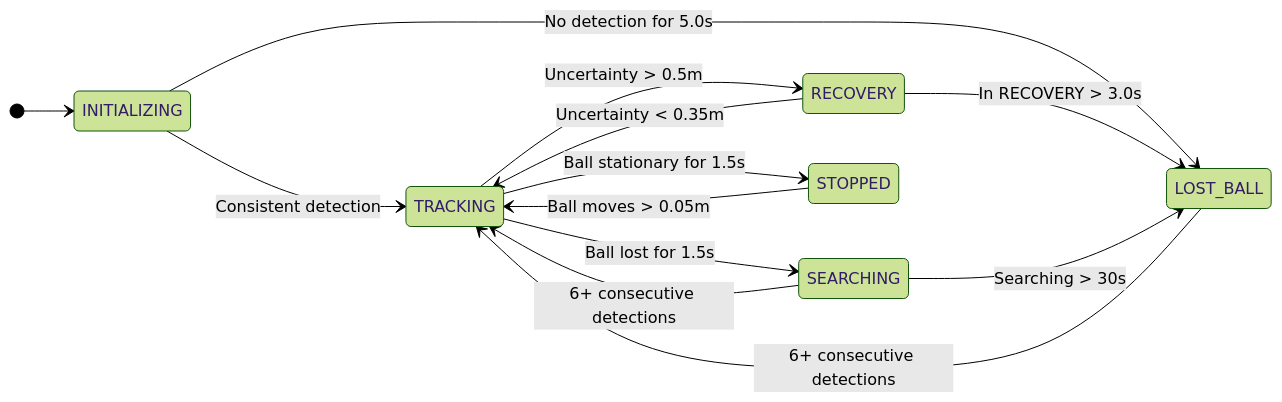
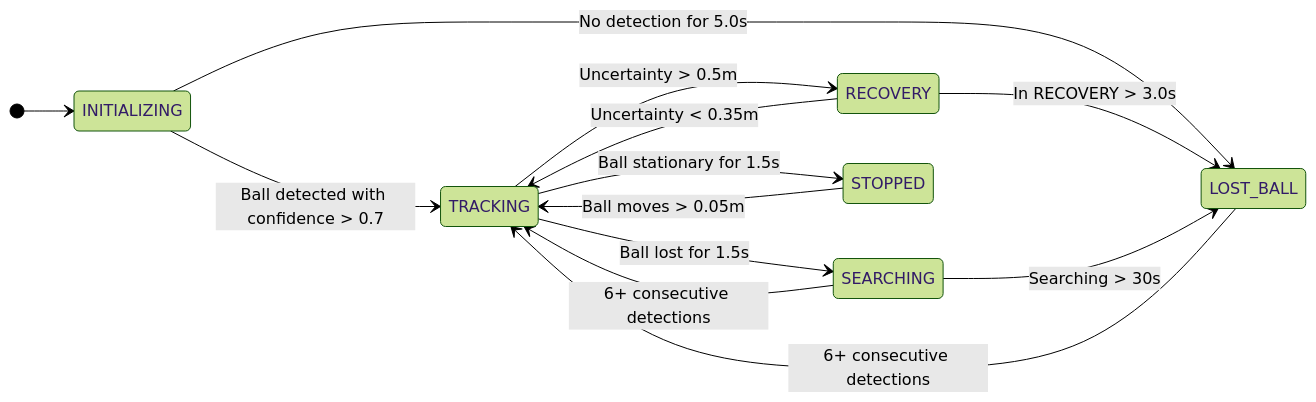
Before and after one commit to acoderu/BallChase: diagram 11 of 27 in ros2_ball_chase_ws/docs/StateManagement.md, drawn with Mermaid (forest theme). The commit also changed other lines of this file and 1 other file, not shown here.

````diff
--- a/ros2_ball_chase_ws/docs/StateManagement.md
+++ b/ros2_ball_chase_ws/docs/StateManagement.md
@@ -1175,17 +1019,17 @@
 ```mermaid
-    stateDiagram-v2
+stateDiagram-v2
     direction LR
     
     [*] --> INITIALIZING
-    INITIALIZING --> TRACKING : Consistent detection
+    INITIALIZING --> TRACKING : Ball detected with confidence > 0.7
     INITIALIZING --> LOST_BALL : No detection for 5.0s
     TRACKING --> SEARCHING : Ball lost for 1.5s
     TRACKING --> RECOVERY : Uncertainty > 0.5m
     TRACKING --> STOPPED : Ball stationary for 1.5s
     RECOVERY --> TRACKING : Uncertainty < 0.35m
     RECOVERY --> LOST_BALL : In RECOVERY > 3.0s
     SEARCHING --> TRACKING : 6+ consecutive detections
     SEARCHING --> LOST_BALL : Searching > 30s
     LOST_BALL --> TRACKING : 6+ consecutive detections
     STOPPED --> TRACKING : Ball moves > 0.05m
 ```
````
